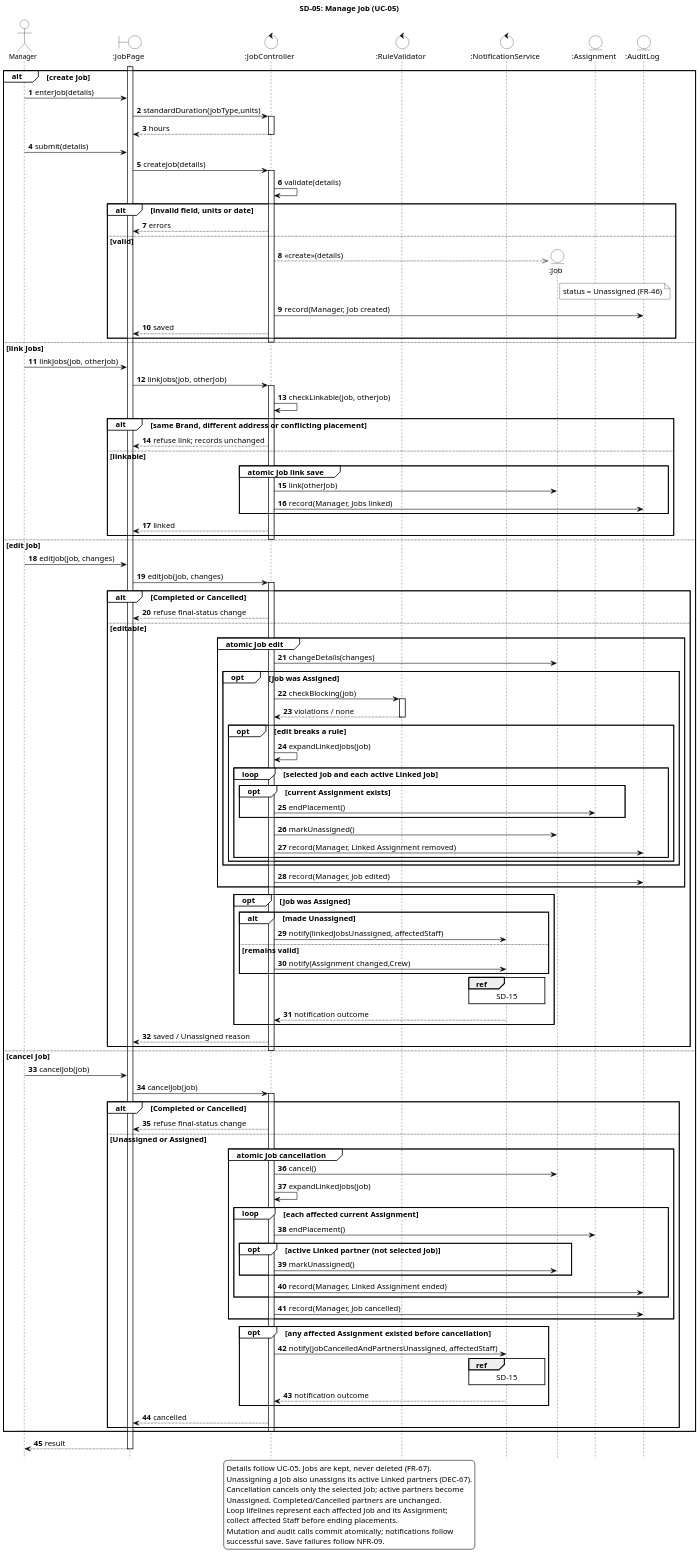
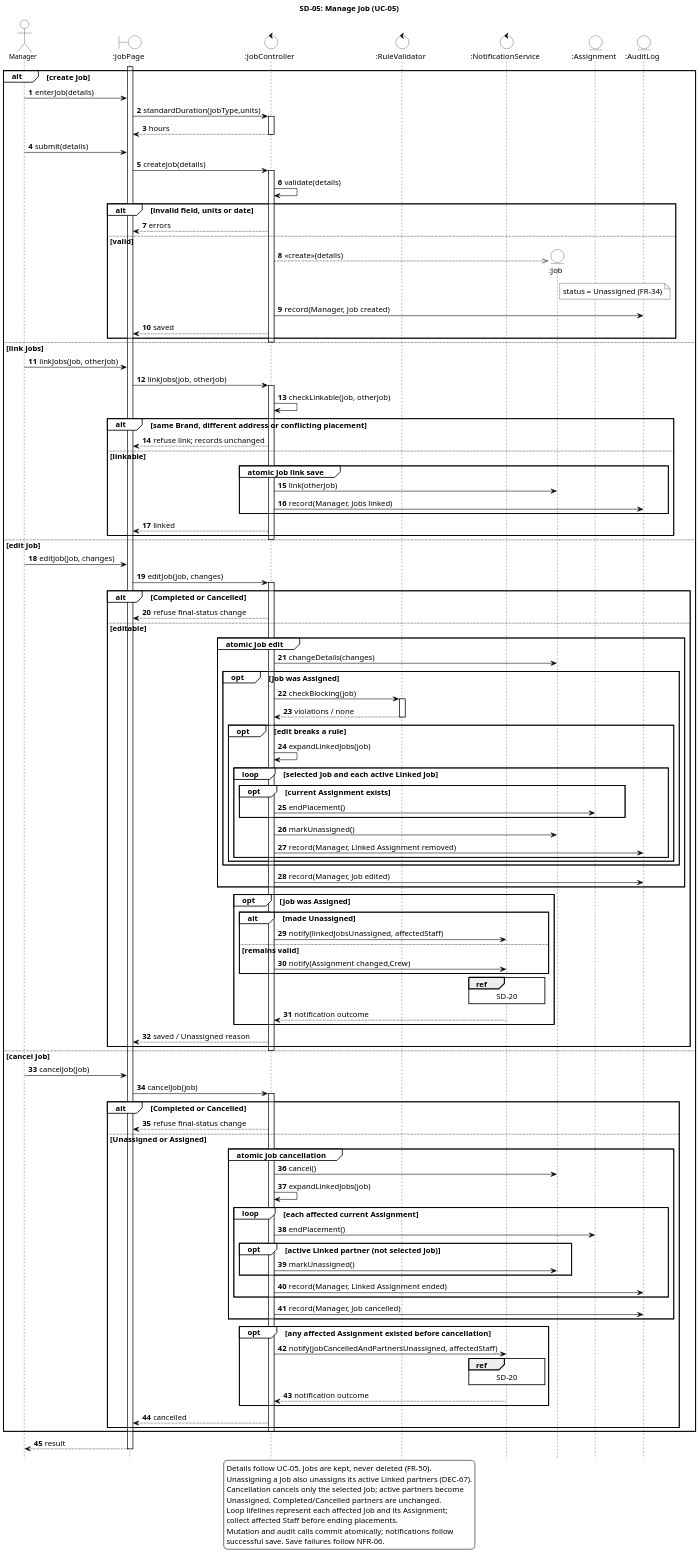
The diagram in diagrams/SD-05-manage-job.puml (ZadeNova/inf2001-SE), drawn with PlantUML before and after one commit. The commit also changed 56 other files, not shown here.

```diff
--- a/diagrams/SD-05-manage-job.puml
+++ b/diagrams/SD-05-manage-job.puml
@@ -1,151 +1,151 @@
 @startuml SD-05-manage-job
 skinparam backgroundColor white
 skinparam shadowing false
 skinparam defaultFontName Arial
 skinparam defaultFontSize 14
 skinparam ArrowColor black
 skinparam ParticipantBackgroundColor white
 skinparam ParticipantBorderColor black
 skinparam ActorBackgroundColor white
 skinparam ActorBorderColor black
 skinparam BoundaryBackgroundColor white
 skinparam BoundaryBorderColor black
 skinparam ControlBackgroundColor white
 skinparam ControlBorderColor black
 skinparam EntityBackgroundColor white
 skinparam EntityBorderColor black
 skinparam SequenceLifeLineBorderColor black
 skinparam SequenceGroupBorderColor black
 skinparam SequenceGroupBackgroundColor white
 skinparam SequenceReferenceBackgroundColor white
 skinparam SequenceReferenceBorderColor black
 skinparam NoteBackgroundColor white
 skinparam NoteBorderColor black
 skinparam dpi 150
 hide footbox
 skinparam maxMessageSize 420
 skinparam wrapWidth 420
 skinparam sequenceParticipantFontSize 12
 skinparam sequenceActorFontSize 12
 autonumber
 title SD-05: Manage Job (UC-05)
-' Traces: UC-05; FR-34 to FR-38, FR-44, FR-46, FR-64, FR-66, FR-67; NFR-09
+' Traces: UC-05; FR-01, FR-02, FR-03, FR-04, FR-05, FR-32, FR-34, FR-39, FR-49, FR-50; NFR-06
 ' Sources: DEC-11, DEC-19, DEC-40, DEC-42, DEC-50; DEC-55, DEC-56; sequence-diagram-review.md.
 ' Round-2 source: DEC-58; sequence-diagram-review-round-2.md.
 ' Round-3 source: DEC-67, DEC-68; sequence-diagram-review-round-3.md.
 actor Manager
 boundary ":JobPage" as Page
 control ":JobController" as JC
 control ":RuleValidator" as RV
 control ":NotificationService" as NS
 entity ":Job" as Job
 entity ":Assignment" as ASG
 entity ":AuditLog" as AL
 
 activate Page
 alt create Job
   Manager -> Page : enterJob(details)
   Page -> JC ++ : standardDuration(jobType,units)
   JC --> Page -- : hours
   Manager -> Page : submit(details)
   Page -> JC ++ : createJob(details)
   JC -> JC : validate(details)
   alt invalid field, units or date
     JC --> Page : errors
   else valid
     JC -->> Job ** : <<create>>(details)
-    note right of Job : status = Unassigned (FR-46)
+    note right of Job : status = Unassigned (FR-34)
     JC -> AL : record(Manager, Job created)
     JC --> Page : saved
   end
   deactivate JC
 else link Jobs
   Manager -> Page : linkJobs(job, otherJob)
   Page -> JC ++ : linkJobs(job, otherJob)
   JC -> JC : checkLinkable(job, otherJob)
   alt same Brand, different address or conflicting placement
     JC --> Page : refuse link; records unchanged
   else linkable
     group atomic Job link save
       JC -> Job : link(otherJob)
       JC -> AL : record(Manager, Jobs linked)
     end
     JC --> Page : linked
   end
   deactivate JC
 else edit Job
   Manager -> Page : editJob(job, changes)
   Page -> JC ++ : editJob(job, changes)
   alt Completed or Cancelled
     JC --> Page : refuse final-status change
   else editable
     group atomic Job edit
       JC -> Job : changeDetails(changes)
       opt Job was Assigned
         JC -> RV ++ : checkBlocking(job)
         RV --> JC -- : violations / none
         opt edit breaks a rule
           JC -> JC : expandLinkedJobs(job)
           loop selected Job and each active Linked Job
             opt current Assignment exists
               JC -> ASG : endPlacement()
             end
             JC -> Job : markUnassigned()
             JC -> AL : record(Manager, Linked Assignment removed)
           end
         end
       end
       JC -> AL : record(Manager, Job edited)
     end
     opt Job was Assigned
       alt made Unassigned
         JC -> NS : notify(linkedJobsUnassigned, affectedStaff)
       else remains valid
         JC -> NS : notify(Assignment changed,Crew)
       end
-      ref over NS : SD-15
+      ref over NS : SD-20
       NS --> JC : notification outcome
     end
     JC --> Page : saved / Unassigned reason
   end
   deactivate JC
 else cancel Job
   Manager -> Page : cancelJob(job)
   Page -> JC ++ : cancelJob(job)
   alt Completed or Cancelled
     JC --> Page : refuse final-status change
   else Unassigned or Assigned
     group atomic Job cancellation
       JC -> Job : cancel()
       JC -> JC : expandLinkedJobs(job)
       loop each affected current Assignment
         JC -> ASG : endPlacement()
         opt active Linked partner (not selected Job)
           JC -> Job : markUnassigned()
         end
         JC -> AL : record(Manager, Linked Assignment ended)
       end
       JC -> AL : record(Manager, Job cancelled)
     end
     opt any affected Assignment existed before cancellation
       JC -> NS : notify(jobCancelledAndPartnersUnassigned, affectedStaff)
-      ref over NS : SD-15
+      ref over NS : SD-20
       NS --> JC : notification outcome
     end
     JC --> Page : cancelled
   end
   deactivate JC
 end
 Page --> Manager : result
 deactivate Page
 legend bottom
-Details follow UC-05. Jobs are kept, never deleted (FR-67).
+Details follow UC-05. Jobs are kept, never deleted (FR-50).
 Unassigning a Job also unassigns its active Linked partners (DEC-67).
 Cancellation cancels only the selected Job; active partners become
 Unassigned. Completed/Cancelled partners are unchanged.
 Loop lifelines represent each affected Job and its Assignment;
 collect affected Staff before ending placements.
 Mutation and audit calls commit atomically; notifications follow
-successful save. Save failures follow NFR-09.
+successful save. Save failures follow NFR-06.
 endlegend
 @enduml
```
